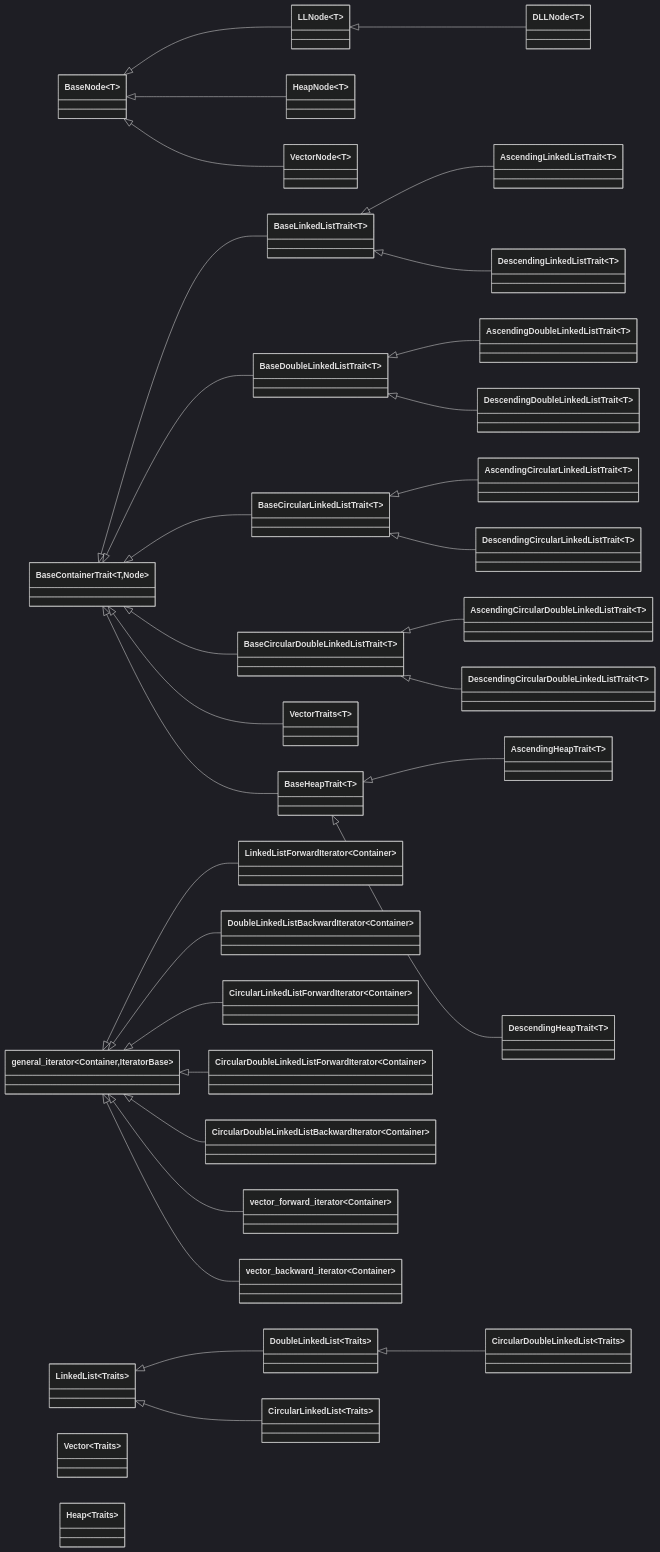
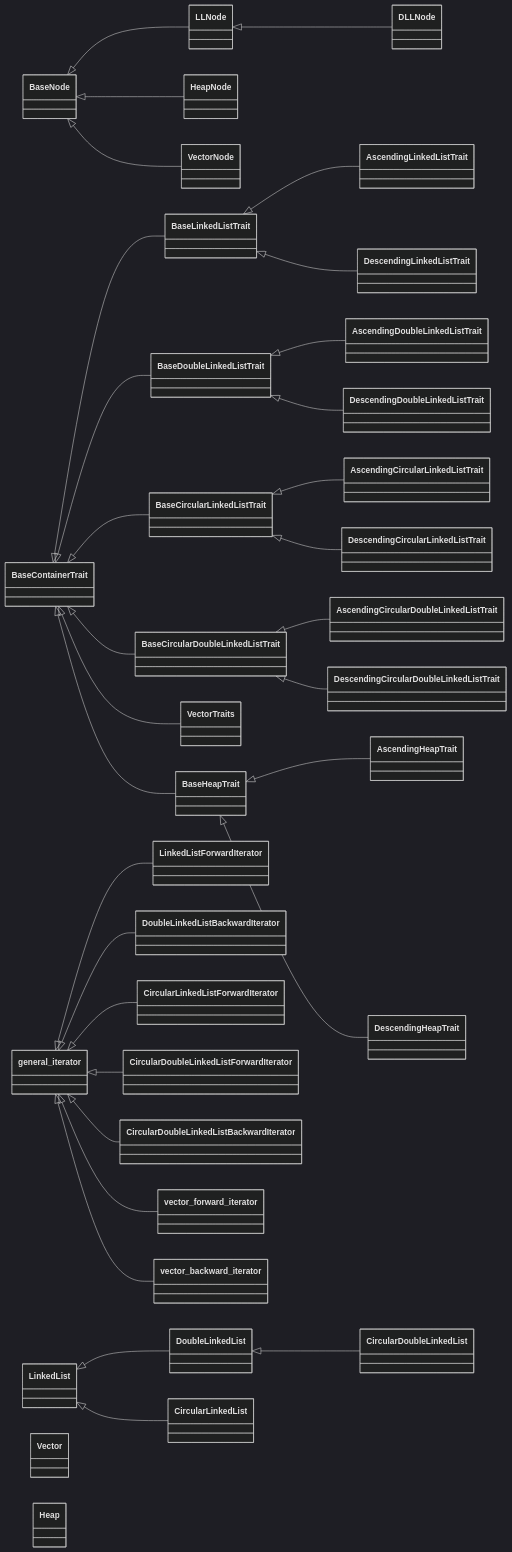
The diagram in inheritance-diagram.md (RoyerLopezFlores/2026-I-MCC001-AED), drawn with Mermaid (dark theme) before and after one commit.

````diff
--- a/inheritance-diagram.md
+++ b/inheritance-diagram.md
@@ -5,101 +5,101 @@
     direction LR
 
     %% Base trait
-    class BaseContainerTrait~T,Node~
+    class BaseContainerTrait
 
     %% Base node
-    class BaseNode~T~
+    class BaseNode
 
     %% Base iterator
-    class general_iterator~Container,IteratorBase~
+    class general_iterator
 
     %% Nodes
-    class LLNode~T~
-    class DLLNode~T~
-    class HeapNode~T~
-    class VectorNode~T~
+    class LLNode
+    class DLLNode
+    class HeapNode
+    class VectorNode
 
-    BaseNode~T~ <|-- LLNode~T~
-    BaseNode~T~ <|-- HeapNode~T~
-    BaseNode~T~ <|-- VectorNode~T~
-    LLNode~T~ <|-- DLLNode~T~
+    BaseNode <|-- LLNode
+    BaseNode <|-- HeapNode
+    BaseNode <|-- VectorNode
+    LLNode <|-- DLLNode
 
     %% Linked list traits
-    class BaseLinkedListTrait~T~
-    class AscendingLinkedListTrait~T~
-    class DescendingLinkedListTrait~T~
+    class BaseLinkedListTrait
+    class AscendingLinkedListTrait
+    class DescendingLinkedListTrait
 
-    BaseContainerTrait~T,LLNode<T>~ <|-- BaseLinkedListTrait~T~
-    BaseLinkedListTrait~T~ <|-- AscendingLinkedListTrait~T~
-    BaseLinkedListTrait~T~ <|-- DescendingLinkedListTrait~T~
+    BaseContainerTrait <|-- BaseLinkedListTrait
+    BaseLinkedListTrait <|-- AscendingLinkedListTrait
+    BaseLinkedListTrait <|-- DescendingLinkedListTrait
 
     %% Double linked list traits
-    class BaseDoubleLinkedListTrait~T~
-    class AscendingDoubleLinkedListTrait~T~
-    class DescendingDoubleLinkedListTrait~T~
+    class BaseDoubleLinkedListTrait
+    class AscendingDoubleLinkedListTrait
+    class DescendingDoubleLinkedListTrait
 
-    BaseContainerTrait~T,DLLNode<T>~ <|-- BaseDoubleLinkedListTrait~T~
-    BaseDoubleLinkedListTrait~T~ <|-- AscendingDoubleLinkedListTrait~T~
-    BaseDoubleLinkedListTrait~T~ <|-- DescendingDoubleLinkedListTrait~T~
+    BaseContainerTrait <|-- BaseDoubleLinkedListTrait
+    BaseDoubleLinkedListTrait <|-- AscendingDoubleLinkedListTrait
+    BaseDoubleLinkedListTrait <|-- DescendingDoubleLinkedListTrait
 
     %% Circular linked list traits
-    class BaseCircularLinkedListTrait~T~
-    class AscendingCircularLinkedListTrait~T~
-    class DescendingCircularLinkedListTrait~T~
+    class BaseCircularLinkedListTrait
+    class AscendingCircularLinkedListTrait
+    class DescendingCircularLinkedListTrait
 
-    BaseContainerTrait~T,LLNode<T>~ <|-- BaseCircularLinkedListTrait~T~
-    BaseCircularLinkedListTrait~T~ <|-- AscendingCircularLinkedListTrait~T~
-    BaseCircularLinkedListTrait~T~ <|-- DescendingCircularLinkedListTrait~T~
+    BaseContainerTrait <|-- BaseCircularLinkedListTrait
+    BaseCircularLinkedListTrait <|-- AscendingCircularLinkedListTrait
+    BaseCircularLinkedListTrait <|-- DescendingCircularLinkedListTrait
 
     %% Circular double linked list traits
-    class BaseCircularDoubleLinkedListTrait~T~
-    class AscendingCircularDoubleLinkedListTrait~T~
-    class DescendingCircularDoubleLinkedListTrait~T~
+    class BaseCircularDoubleLinkedListTrait
+    class AscendingCircularDoubleLinkedListTrait
+    class DescendingCircularDoubleLinkedListTrait
 
-    BaseContainerTrait~T,DLLNode<T>~ <|-- BaseCircularDoubleLinkedListTrait~T~
-    BaseCircularDoubleLinkedListTrait~T~ <|-- AscendingCircularDoubleLinkedListTrait~T~
-    BaseCircularDoubleLinkedListTrait~T~ <|-- DescendingCircularDoubleLinkedListTrait~T~
+    BaseContainerTrait <|-- BaseCircularDoubleLinkedListTrait
+    BaseCircularDoubleLinkedListTrait <|-- AscendingCircularDoubleLinkedListTrait
+    BaseCircularDoubleLinkedListTrait <|-- DescendingCircularDoubleLinkedListTrait
 
     %% List containers
-    class LinkedList~Traits~
-    class DoubleLinkedList~Traits~
-    class CircularLinkedList~Traits~
-    class CircularDoubleLinkedList~Traits~
+    class LinkedList
+    class DoubleLinkedList
+    class CircularLinkedList
+    class CircularDoubleLinkedList
 
-    LinkedList~Traits~ <|-- DoubleLinkedList~Traits~
-    LinkedList~Traits~ <|-- CircularLinkedList~Traits~
-    DoubleLinkedList~Traits~ <|-- CircularDoubleLinkedList~Traits~
+    LinkedList <|-- DoubleLinkedList
+    LinkedList <|-- CircularLinkedList
+    DoubleLinkedList <|-- CircularDoubleLinkedList
 
     %% Linked-list iterators
-    class LinkedListForwardIterator~Container~
-    class DoubleLinkedListBackwardIterator~Container~
-    class CircularLinkedListForwardIterator~Container~
-    class CircularDoubleLinkedListForwardIterator~Container~
-    class CircularDoubleLinkedListBackwardIterator~Container~
+    class LinkedListForwardIterator
+    class DoubleLinkedListBackwardIterator
+    class CircularLinkedListForwardIterator
+    class CircularDoubleLinkedListForwardIterator
+    class CircularDoubleLinkedListBackwardIterator
 
-    general_iterator~Container,LinkedListForwardIterator<Container>~ <|-- LinkedListForwardIterator~Container~
-    general_iterator~Container,DoubleLinkedListBackwardIterator<Container>~ <|-- DoubleLinkedListBackwardIterator~Container~
-    general_iterator~Container,CircularLinkedListForwardIterator<Container>~ <|-- CircularLinkedListForwardIterator~Container~
-    general_iterator~Container,CircularDoubleLinkedListForwardIterator<Container>~ <|-- CircularDoubleLinkedListForwardIterator~Container~
-    general_iterator~Container,CircularDoubleLinkedListBackwardIterator<Container>~ <|-- CircularDoubleLinkedListBackwardIterator~Container~
+    general_iterator <|-- LinkedListForwardIterator
+    general_iterator <|-- DoubleLinkedListBackwardIterator
+    general_iterator <|-- CircularLinkedListForwardIterator
+    general_iterator <|-- CircularDoubleLinkedListForwardIterator
+    general_iterator <|-- CircularDoubleLinkedListBackwardIterator
 
     %% Vector side
-    class VectorTraits~T~
-    class Vector~Traits~
-    class vector_forward_iterator~Container~
-    class vector_backward_iterator~Container~
+    class VectorTraits
+    class Vector
+    class vector_forward_iterator
+    class vector_backward_iterator
 
-    BaseContainerTrait~T,VectorNode<T>~ <|-- VectorTraits~T~
-    general_iterator~Container,vector_forward_iterator<Container>~ <|-- vector_forward_iterator~Container~
-    general_iterator~Container,vector_backward_iterator<Container>~ <|-- vector_backward_iterator~Container~
+    BaseContainerTrait <|-- VectorTraits
+    general_iterator <|-- vector_forward_iterator
+    general_iterator <|-- vector_backward_iterator
 
     %% Heap side
-    class BaseHeapTrait~T~
-    class AscendingHeapTrait~T~
-    class DescendingHeapTrait~T~
-    class Heap~Traits~
+    class BaseHeapTrait
+    class AscendingHeapTrait
+    class DescendingHeapTrait
+    class Heap
 
-    BaseContainerTrait~T,HeapNode<T>~ <|-- BaseHeapTrait~T~
-    BaseHeapTrait~T~ <|-- AscendingHeapTrait~T~
-    BaseHeapTrait~T~ <|-- DescendingHeapTrait~T~
+    BaseContainerTrait <|-- BaseHeapTrait
+    BaseHeapTrait <|-- AscendingHeapTrait
+    BaseHeapTrait <|-- DescendingHeapTrait
 ```
````
